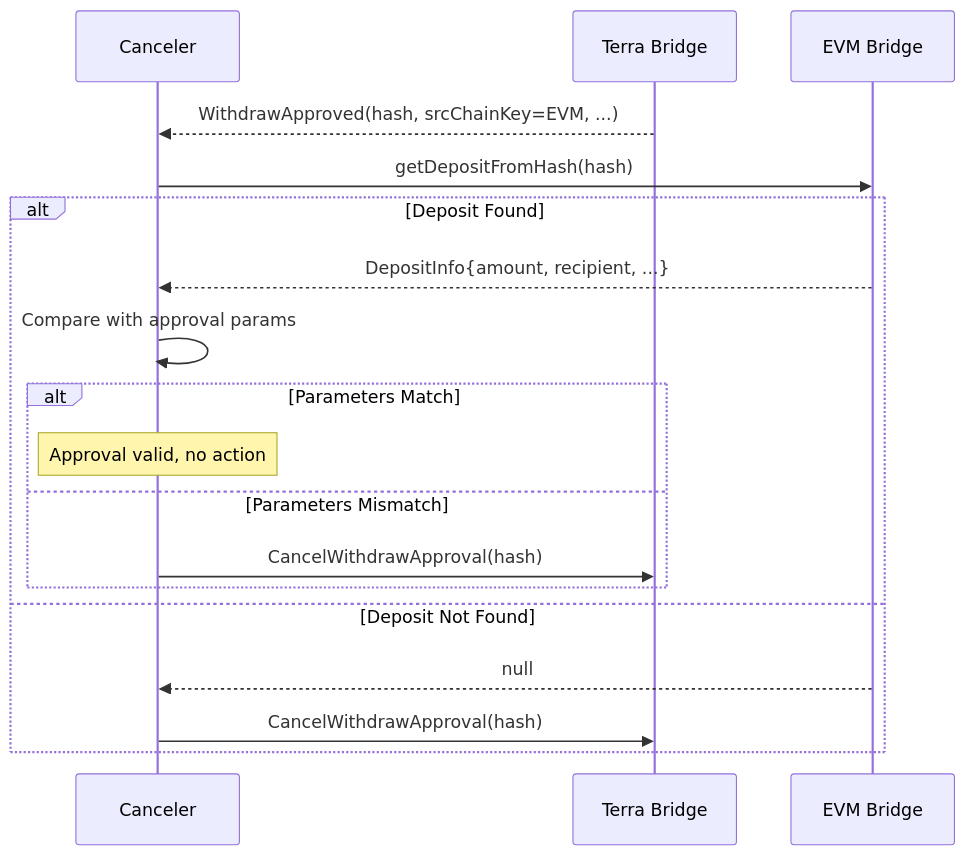
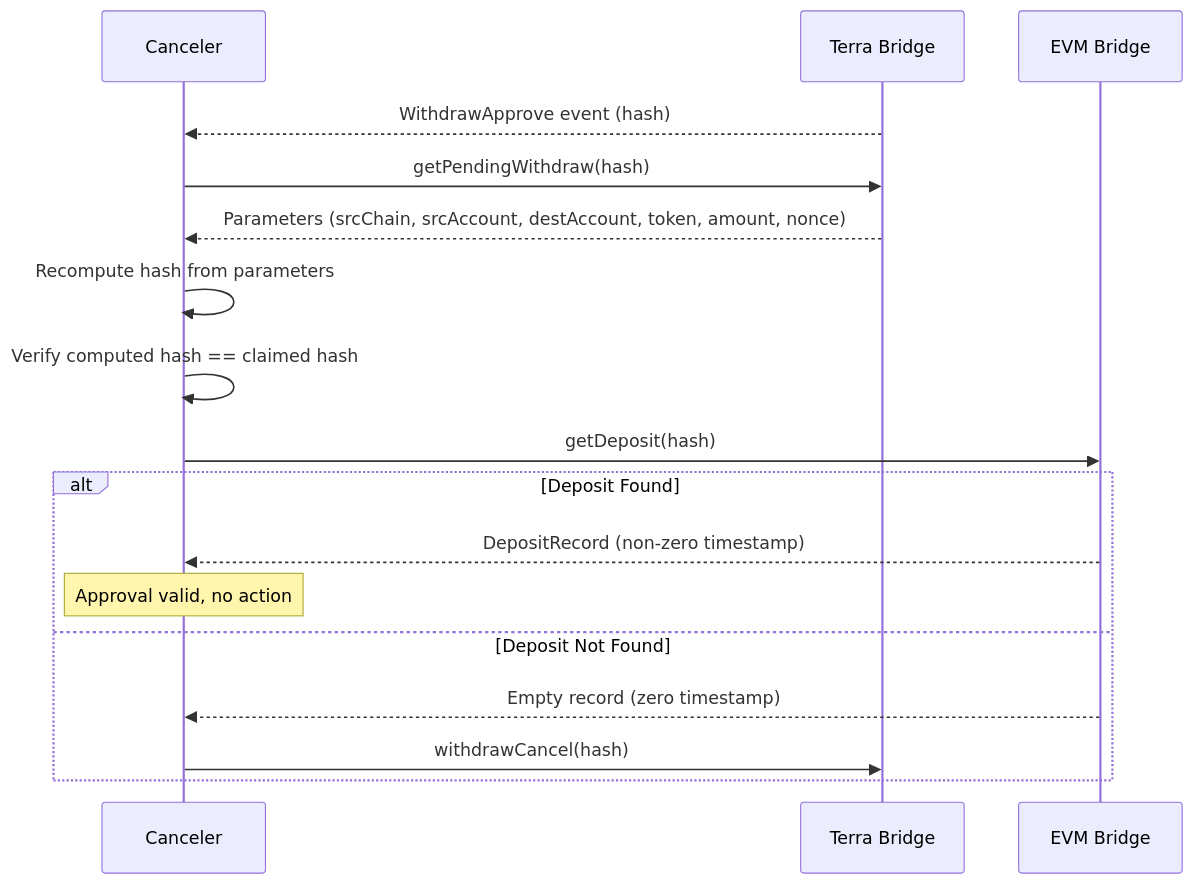
The second of 3 diagrams in docs/crosschain-parity.md (PlasticDigits/cl8y-bridge-monorepo), drawn with Mermaid before and after one commit. The commit also changed other lines of this file and 86 other files, not shown here.

````diff
--- a/docs/crosschain-parity.md
+++ b/docs/crosschain-parity.md
@@ -305,24 +355,22 @@
 ```mermaid
 sequenceDiagram
     participant Canceler
     participant Terra as Terra Bridge
     participant EVM as EVM Bridge
-    
-    Terra-->>Canceler: WithdrawApproved(hash, srcChainKey=EVM, ...)
-    
-    Canceler->>EVM: getDepositFromHash(hash)
-    
+
+    Terra-->>Canceler: WithdrawApprove event (hash)
+    Canceler->>Terra: getPendingWithdraw(hash)
+    Terra-->>Canceler: Parameters (srcChain, srcAccount, destAccount, token, amount, nonce)
+    Canceler->>Canceler: Recompute hash from parameters
+    Canceler->>Canceler: Verify computed hash == claimed hash
+
+    Canceler->>EVM: getDeposit(hash)
+
     alt Deposit Found
-        EVM-->>Canceler: DepositInfo{amount, recipient, ...}
-        Canceler->>Canceler: Compare with approval params
-        
-        alt Parameters Match
-            Note over Canceler: Approval valid, no action
-        else Parameters Mismatch
-            Canceler->>Terra: CancelWithdrawApproval(hash)
-        end
+        EVM-->>Canceler: DepositRecord (non-zero timestamp)
+        Note over Canceler: Approval valid, no action
     else Deposit Not Found
-        EVM-->>Canceler: null
-        Canceler->>Terra: CancelWithdrawApproval(hash)
+        EVM-->>Canceler: Empty record (zero timestamp)
+        Canceler->>Terra: withdrawCancel(hash)
     end
 ```
````
